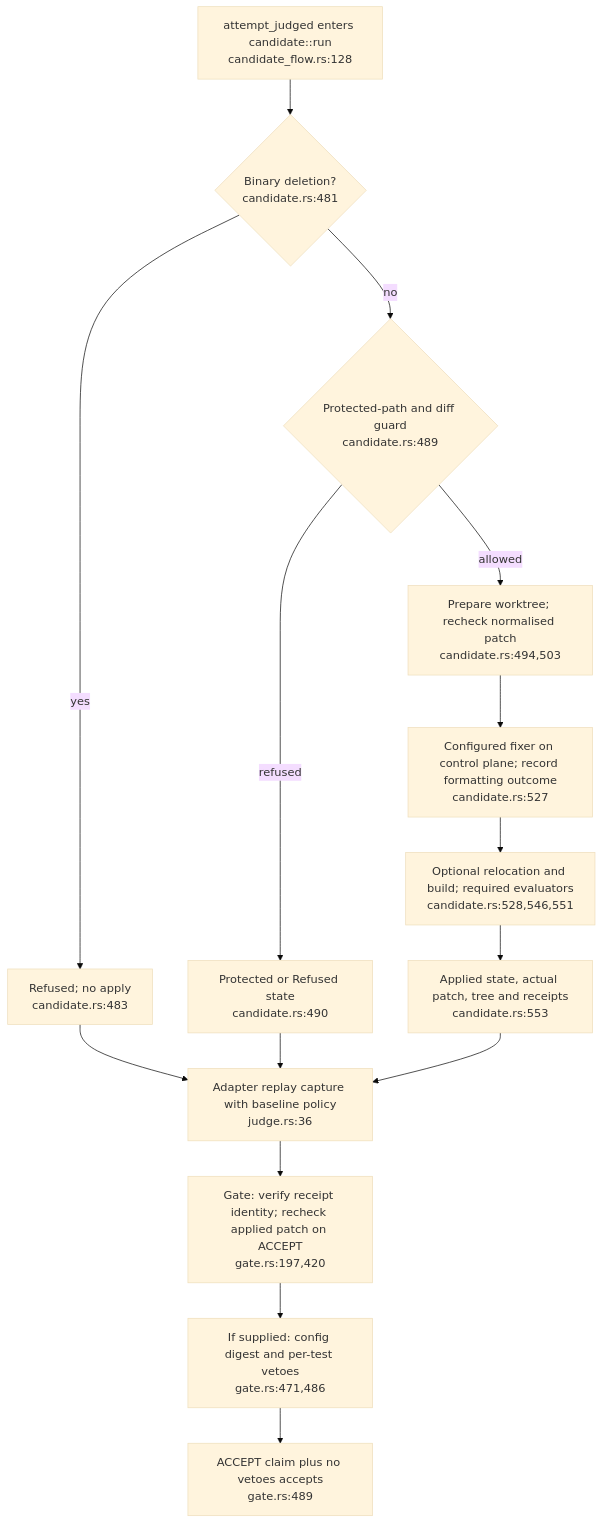
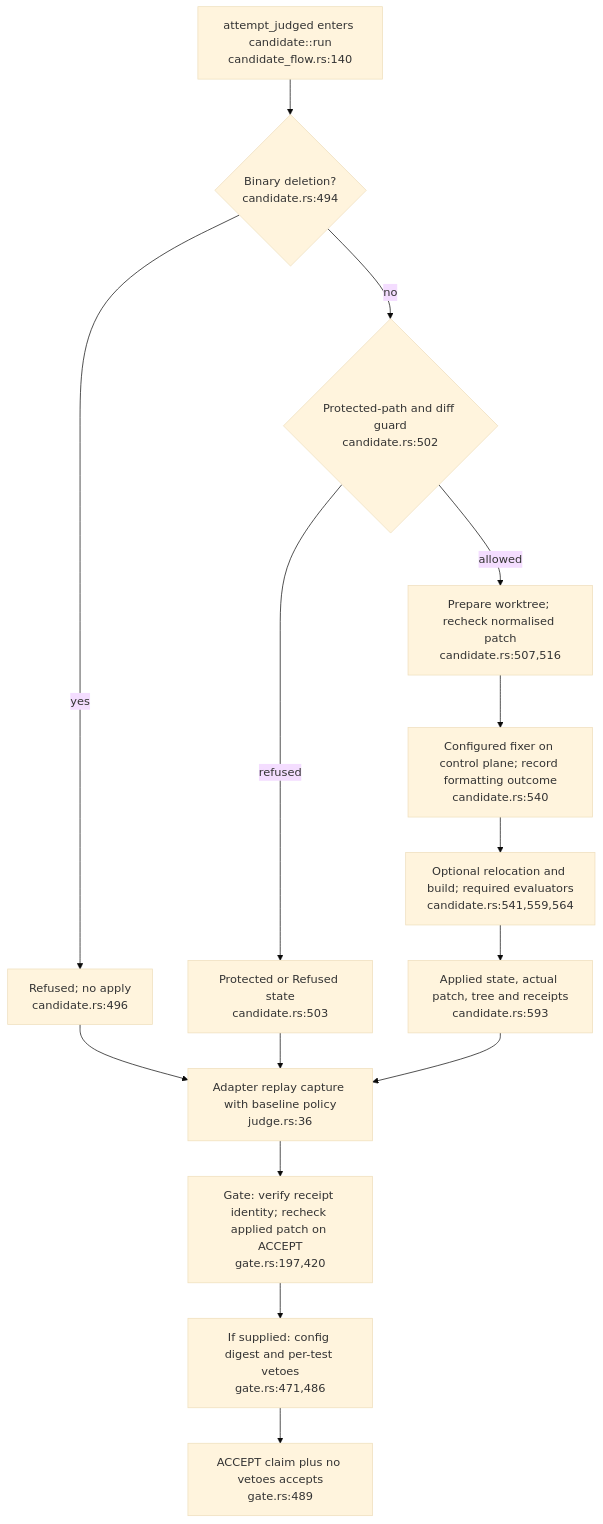
Before and after one commit to DreamLab-AI/VisionFlow: the fourth of 24 diagrams in docs/diagrams/agentbox/23-dream-engine.md, drawn with Mermaid (base theme). The commit also changed other lines of this file, not shown here.

First line of the commit message:
docs(diagrams): re-stamp AB-23 dream engine at agentbox 720e0d896 and dream-engine b40d507

````diff
--- a/docs/diagrams/agentbox/23-dream-engine.md
+++ b/docs/diagrams/agentbox/23-dream-engine.md
@@ -197,17 +197,17 @@
 ```mermaid
 flowchart TB
-    FLOW["attempt_judged enters candidate::run<br/>candidate_flow.rs:128"] --> BIN{"Binary deletion?<br/>candidate.rs:481"}
-    BIN -->|yes| REF["Refused; no apply<br/>candidate.rs:483"]
-    BIN -->|no| GUARD{"Protected-path and diff guard<br/>candidate.rs:489"}
-    GUARD -->|refused| PRO["Protected or Refused state<br/>candidate.rs:490"]
-    GUARD -->|allowed| PRE["Prepare worktree; recheck normalised patch<br/>candidate.rs:494,503"]
-    PRE --> FMT["Configured fixer on control plane; record formatting outcome<br/>candidate.rs:527"]
-    FMT --> RUN["Optional relocation and build; required evaluators<br/>candidate.rs:528,546,551"]
-    RUN --> STATE["Applied state, actual patch, tree and receipts<br/>candidate.rs:553"]
+    FLOW["attempt_judged enters candidate::run<br/>candidate_flow.rs:140"] --> BIN{"Binary deletion?<br/>candidate.rs:494"}
+    BIN -->|yes| REF["Refused; no apply<br/>candidate.rs:496"]
+    BIN -->|no| GUARD{"Protected-path and diff guard<br/>candidate.rs:502"}
+    GUARD -->|refused| PRO["Protected or Refused state<br/>candidate.rs:503"]
+    GUARD -->|allowed| PRE["Prepare worktree; recheck normalised patch<br/>candidate.rs:507,516"]
+    PRE --> FMT["Configured fixer on control plane; record formatting outcome<br/>candidate.rs:540"]
+    FMT --> RUN["Optional relocation and build; required evaluators<br/>candidate.rs:541,559,564"]
+    RUN --> STATE["Applied state, actual patch, tree and receipts<br/>candidate.rs:593"]
     REF --> JUDGE
     PRO --> JUDGE
     STATE --> JUDGE["Adapter replay capture with baseline policy<br/>judge.rs:36"]
     JUDGE --> G["Gate: verify receipt identity; recheck applied patch on ACCEPT<br/>gate.rs:197,420"]
     G --> CTX["If supplied: config digest and per-test vetoes<br/>gate.rs:471,486"]
     CTX --> RESULT["ACCEPT claim plus no vetoes accepts<br/>gate.rs:489"]
 ```
````
